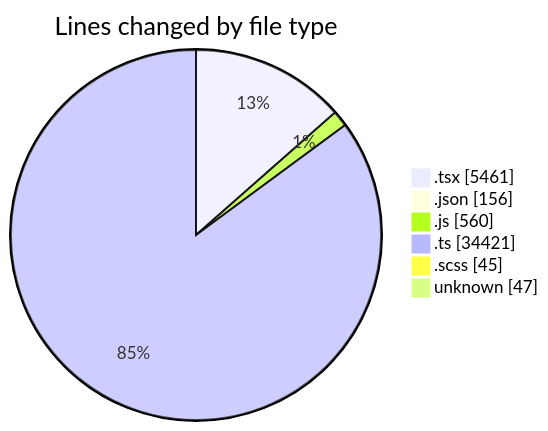
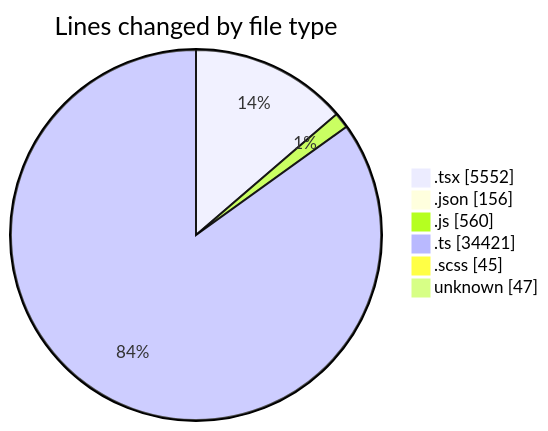
The first of 2 diagrams in 2025-11-10/cda/README.md (momahboobian/code-tracking), drawn with Mermaid before and after one commit. The commit also changed other lines of this file and 1 other file, not shown here.

````diff
--- a/2025-11-10/cda/README.md
+++ b/2025-11-10/cda/README.md
@@ -47,10 +47,10 @@
 ```mermaid
 pie showData
 title Lines changed by file type
-".tsx" : 5461
+".tsx" : 5552
 ".json" : 156
 ".js" : 560
 ".ts" : 34421
 ".scss" : 45
 "unknown" : 47
 ```
````
